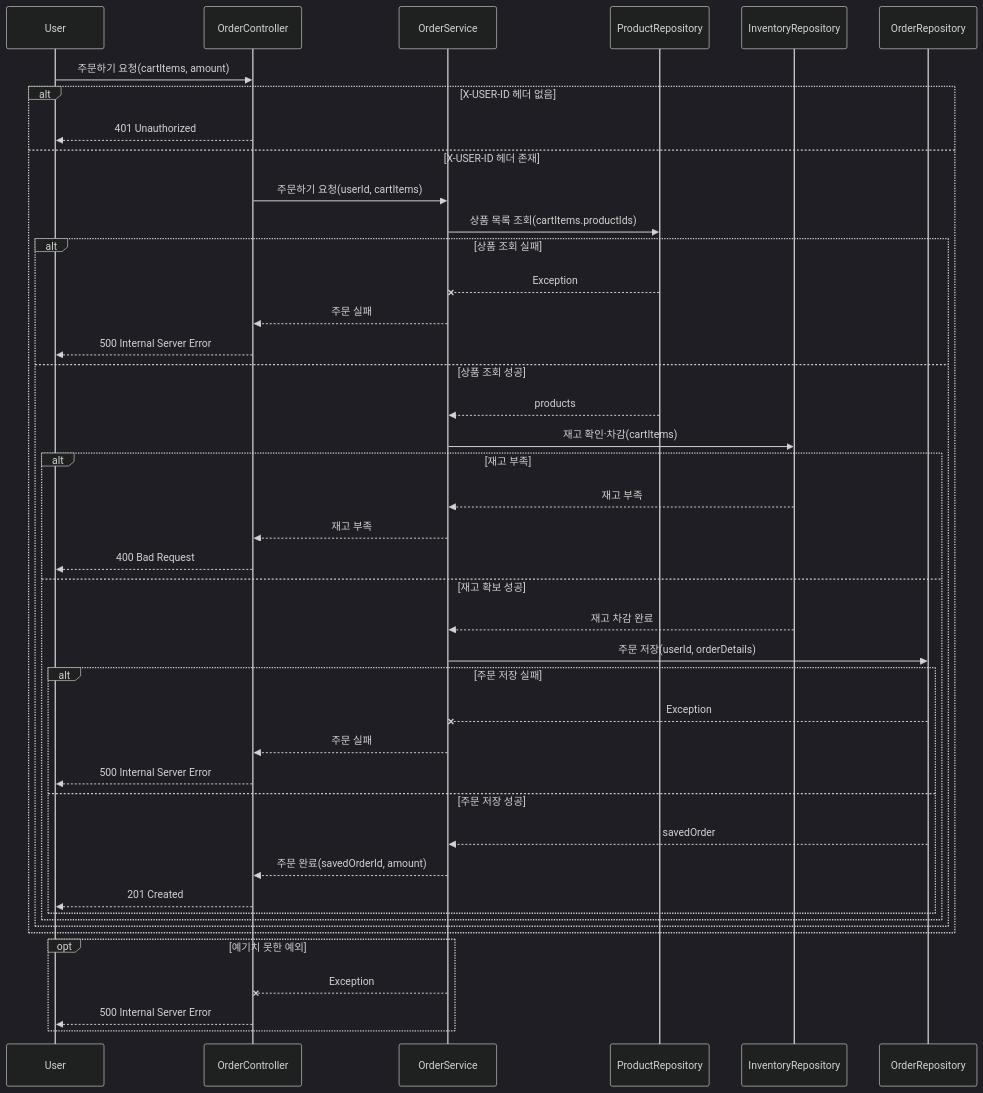
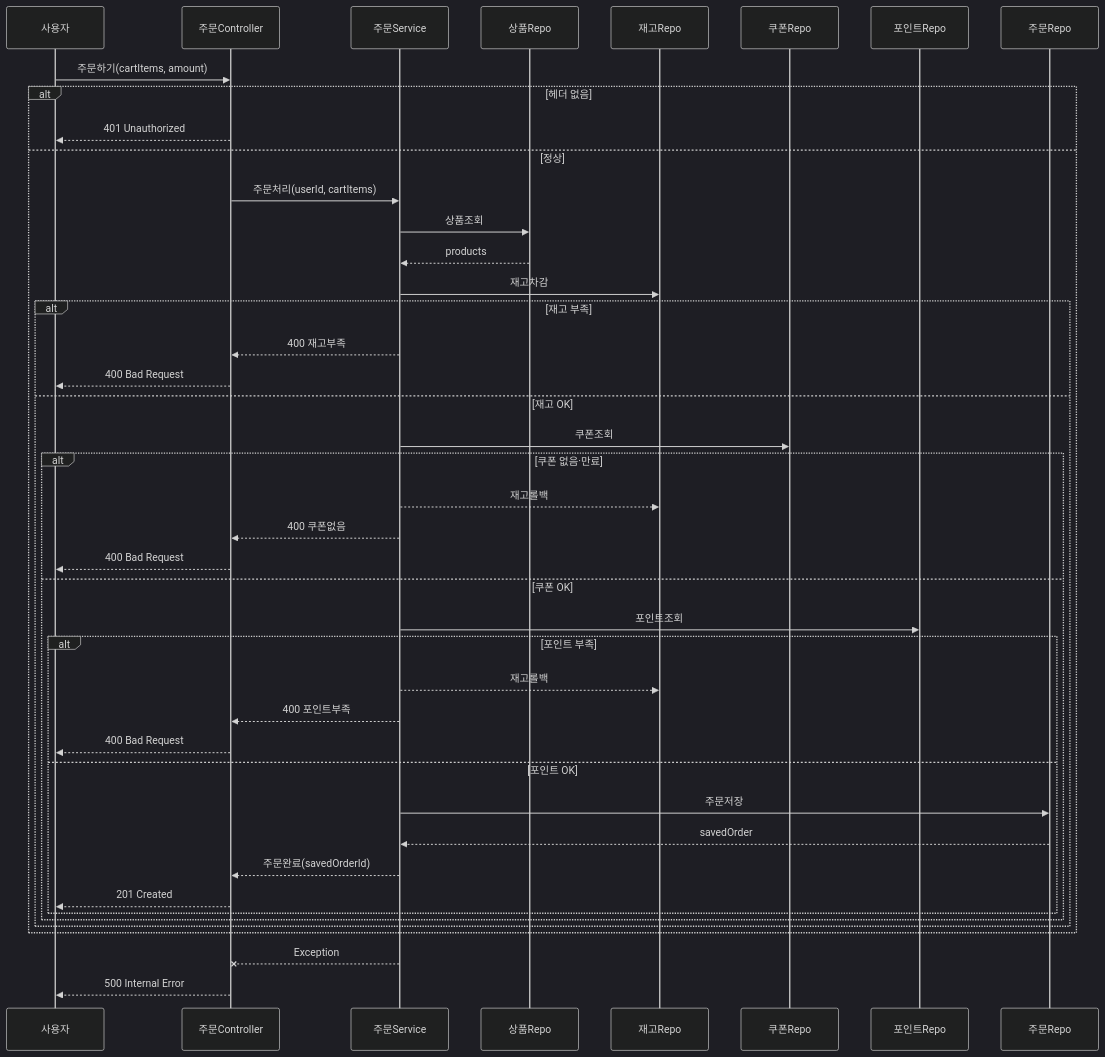
One commit to qkrrlgus114/loopers-java-template changed the eighth of 10 diagrams in apps/commerce-api/src/docs/design/02-sequence-diagrams.md. Above: the diagram before and after it, drawn with Mermaid (dark theme).

Commit message:
fix : 주문 시퀀스 다이어그램 수정

````diff
--- a/apps/commerce-api/src/docs/design/02-sequence-diagrams.md
+++ b/apps/commerce-api/src/docs/design/02-sequence-diagrams.md
@@ -581,48 +581,55 @@
 ```mermaid
 sequenceDiagram
-    participant U as User
-    participant OC as OrderController
-    participant OS as OrderService
-    participant PR as ProductRepository
-    participant IR as InventoryRepository
-    participant ORR as OrderRepository
-    U ->> OC: 주문하기 요청(cartItems, amount)
+    participant U as 사용자
+    participant OC as 주문Controller
+    participant OS as 주문Service
+    participant PR as 상품Repo
+    participant IR as 재고Repo
+    participant CMR as 쿠폰Repo
+    participant Pnt as 포인트Repo
+    participant ORR as 주문Repo
+%% 1. 주문 요청
+    U ->> OC: 주문하기(cartItems, amount)
 
-    alt X-USER-ID 헤더 없음
+    alt 헤더 없음
         OC -->> U: 401 Unauthorized
-    else X-USER-ID 헤더 존재
-        OC ->> OS: 주문하기 요청(userId, cartItems)
-        OS ->> PR: 상품 목록 조회(cartItems.productIds)
+    else 정상
+        OC ->> OS: 주문처리(userId, cartItems)
+    %% 2. 상품·재고
+        OS ->> PR: 상품조회
+        PR -->> OS: products
+        OS ->> IR: 재고차감
 
-        alt 상품 조회 실패
-            PR --x OS: Exception
-            OS -->> OC: 주문 실패
-            OC -->> U: 500 Internal Server Error
-        else 상품 조회 성공
-            PR -->> OS: products
-            OS ->> IR: 재고 확인·차감(cartItems)
-            alt 재고 부족
-                IR -->> OS: 재고 부족
-                OS -->> OC: 재고 부족
+        alt 재고 부족
+            OS -->> OC: 400 재고부족
+            OC -->> U: 400 Bad Request
+        else 재고 OK
+        %% 3. 쿠폰
+            OS ->> CMR: 쿠폰조회
+            alt 쿠폰 없음·만료
+                OS -->> IR: 재고롤백
+                OS -->> OC: 400 쿠폰없음
                 OC -->> U: 400 Bad Request
-            else 재고 확보 성공
-                IR -->> OS: 재고 차감 완료
-                OS ->> ORR: 주문 저장(userId, orderDetails)
-                alt 주문 저장 실패
-                    ORR --x OS: Exception
-                    OS -->> OC: 주문 실패
-                    OC -->> U: 500 Internal Server Error
-                else 주문 저장 성공
+            else 쿠폰 OK
+            %% 4. 포인트
+                OS ->> Pnt: 포인트조회
+                alt 포인트 부족
+                    OS -->> IR: 재고롤백
+                    OS -->> OC: 400 포인트부족
+                    OC -->> U: 400 Bad Request
+                else 포인트 OK
+                %% 5. 주문 저장
+                    OS ->> ORR: 주문저장
                     ORR -->> OS: savedOrder
-                    OS -->> OC: 주문 완료(savedOrderId, amount)
+                    OS -->> OC: 주문완료(savedOrderId)
                     OC -->> U: 201 Created
                 end
             end
         end
     end
 
-    opt 예기치 못한 예외
-        OS --x OC: Exception
-        OC -->> U: 500 Internal Server Error
-    end
+%% 예기치 못한 시스템 예외
+    OS --x OC: Exception
+    OC -->> U: 500 Internal Error
+
 ```
````
